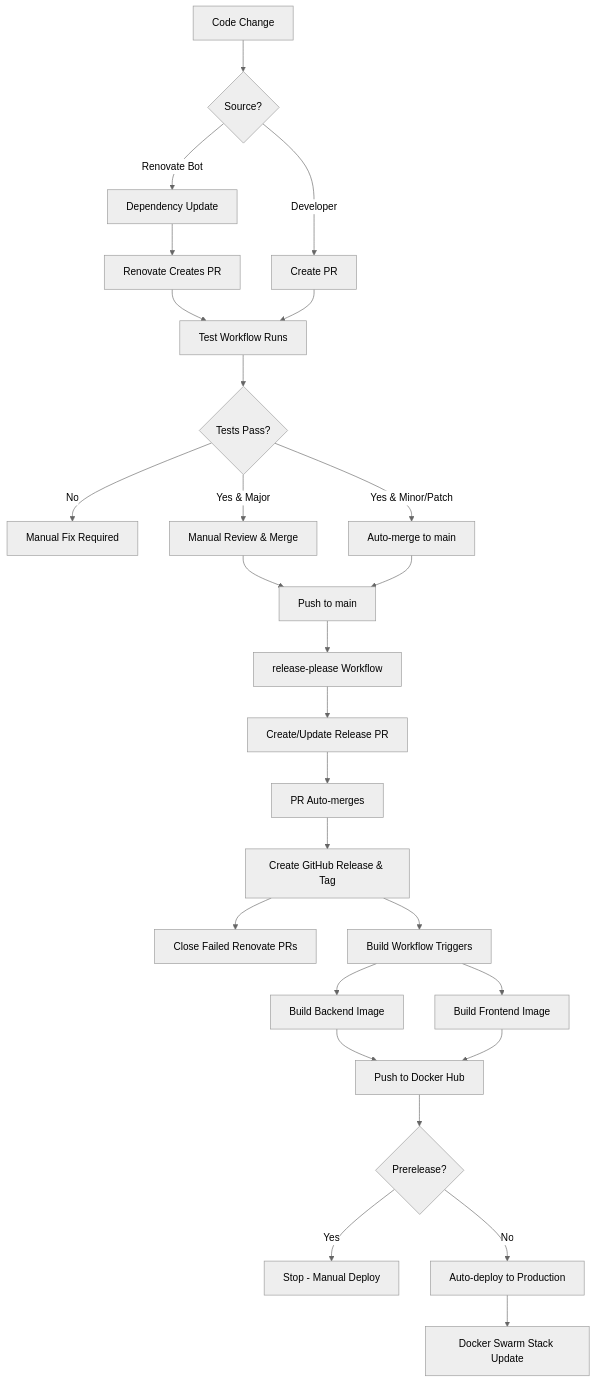
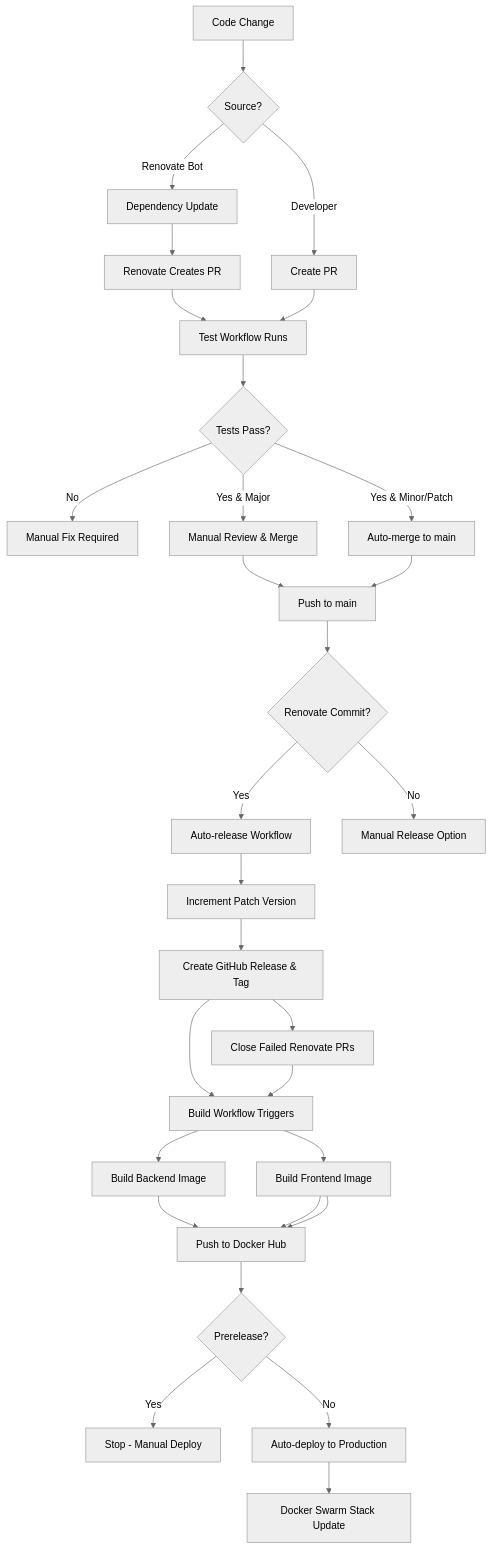
The diagram in README.md (goatheckler/cr-browser), drawn with Mermaid (neutral theme) before and after one commit. The commit also changed other lines of this file and 5 other files, not shown here.

Commit message:
feat: replace release-please with auto-versioning for Renovate merges

````diff
--- a/README.md
+++ b/README.md
@@ -113,38 +113,43 @@
 ```mermaid
 flowchart TD
     A[Code Change] --> B{Source?}
     B -->|Developer| C[Create PR]
     B -->|Renovate Bot| D[Dependency Update]
     
     D --> E[Renovate Creates PR]
     E --> F[Test Workflow Runs]
     
     C --> F
     
     F --> G{Tests Pass?}
     G -->|No| H[Manual Fix Required]
     G -->|Yes & Minor/Patch| I[Auto-merge to main]
     G -->|Yes & Major| J[Manual Review & Merge]
     
     J --> K[Push to main]
     I --> K
     
-    K --> L[release-please Workflow]
-    L --> M[Create/Update Release PR]
-    M --> N[PR Auto-merges]
-    N --> O[Create GitHub Release & Tag]
+    K --> L{Renovate Commit?}
+    L -->|Yes| M[Auto-release Workflow]
+    L -->|No| N[Manual Release Option]
     
-    O --> P[Close Failed Renovate PRs]
-    O --> Q[Build Workflow Triggers]
-    Q --> R[Build Backend Image]
-    Q --> S[Build Frontend Image]
+    M --> O[Increment Patch Version]
+    O --> P[Create GitHub Release & Tag]
     
-    R --> T[Push to Docker Hub]
-    S --> T
+    P --> Q[Close Failed Renovate PRs]
+    P --> R[Build Workflow Triggers]
+    Q --> R[Build Workflow Triggers]
+    R --> S[Build Backend Image]
+    R --> T[Build Frontend Image]
     
-    T --> U{Prerelease?}
-    U -->|Yes| V[Stop - Manual Deploy]
-    U -->|No| W[Auto-deploy to Production]
+    S --> U[Push to Docker Hub]
+    T --> U
     
-    W --> X[Docker Swarm Stack Update]
+    T --> U[Push to Docker Hub]
+    
+    U --> V{Prerelease?}
+    V -->|Yes| W[Stop - Manual Deploy]
+    V -->|No| X[Auto-deploy to Production]
+    
+    X --> Y[Docker Swarm Stack Update]
 ```
````
